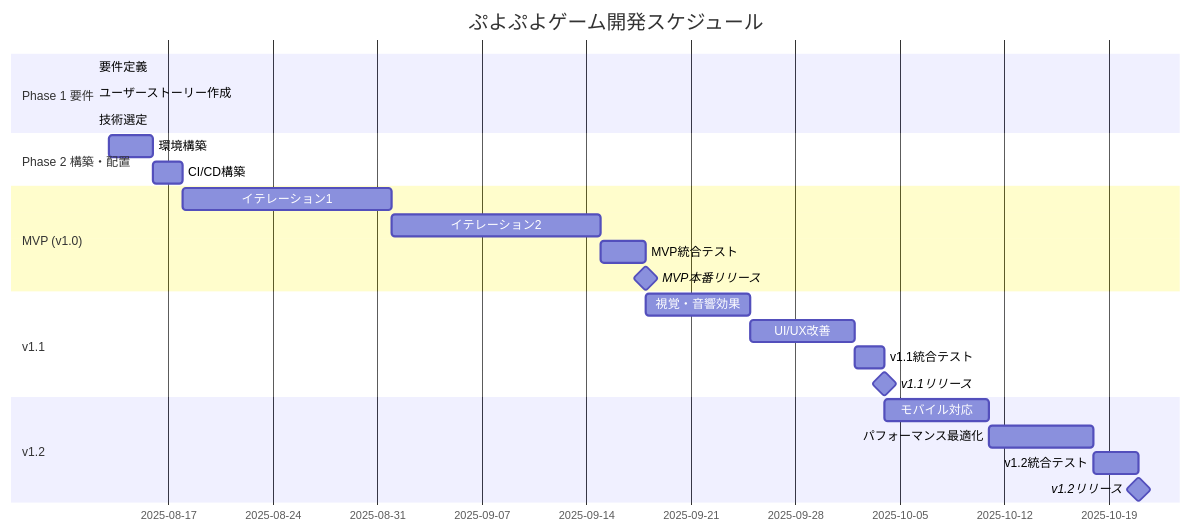
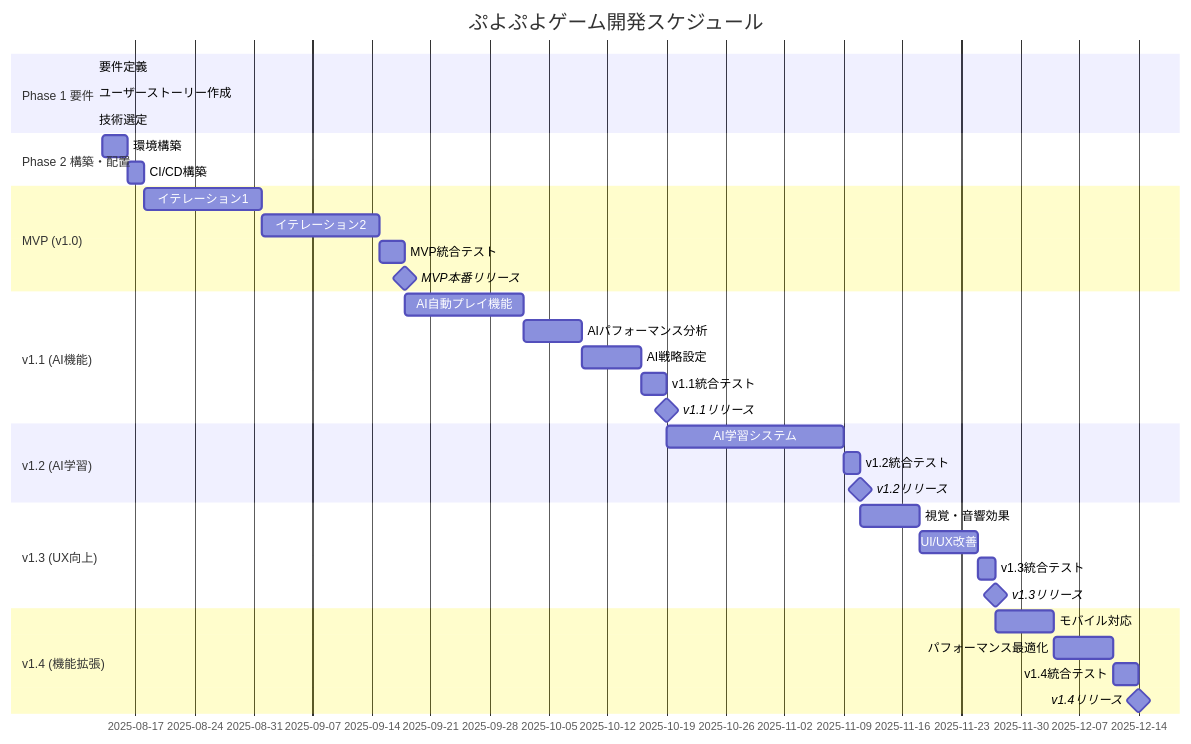
The second of 7 diagrams in docs/requirements/リリース計画.md (k2works/case-study-game-dev), drawn with Mermaid before and after one commit. The commit also changed other lines of this file and 8 other files, not shown here.

````diff
--- a/docs/requirements/リリース計画.md
+++ b/docs/requirements/リリース計画.md
@@ -131,31 +182,43 @@
 ```mermaid
 gantt
     title ぷよぷよゲーム開発スケジュール
     dateFormat  YYYY-MM-DD
     section Phase 1 要件
     要件定義           :done, req, 2025-08-12, 2025-08-12
     ユーザーストーリー作成 :done, us, 2025-08-12, 2025-08-12
     技術選定           :done, tech, 2025-08-12, 2025-08-12
     
     section Phase 2 構築・配置
     環境構築           :env, 2025-08-13, 3d
     CI/CD構築         :cicd, after env, 2d
     
     section MVP (v1.0)
     イテレーション1     :iter1, after cicd, 2w
     イテレーション2     :iter2, after iter1, 2w
     MVP統合テスト      :mvp-test, after iter2, 3d
     MVP本番リリース    :milestone, mvp-rel, after mvp-test, 0d
     
-    section v1.1
-    視覚・音響効果     :v11-1, after mvp-rel, 1w
-    UI/UX改善         :v11-2, after v11-1, 1w
-    v1.1統合テスト     :v11-test, after v11-2, 2d
+    section v1.1 (AI機能)
+    AI自動プレイ機能   :v11-1, after mvp-rel, 2w
+    AIパフォーマンス分析 :v11-2, after v11-1, 1w
+    AI戦略設定        :v11-3, after v11-2, 1w
+    v1.1統合テスト     :v11-test, after v11-3, 3d
     v1.1リリース      :milestone, v11-rel, after v11-test, 0d
     
-    section v1.2
-    モバイル対応       :v12-1, after v11-rel, 1w
-    パフォーマンス最適化 :v12-2, after v12-1, 1w
-    v1.2統合テスト     :v12-test, after v12-2, 3d
+    section v1.2 (AI学習)
+    AI学習システム     :v12-1, after v11-rel, 3w
+    v1.2統合テスト     :v12-test, after v12-1, 2d
     v1.2リリース      :milestone, v12-rel, after v12-test, 0d
+    
+    section v1.3 (UX向上)
+    視覚・音響効果     :v13-1, after v12-rel, 1w
+    UI/UX改善         :v13-2, after v13-1, 1w
+    v1.3統合テスト     :v13-test, after v13-2, 2d
+    v1.3リリース      :milestone, v13-rel, after v13-test, 0d
+    
+    section v1.4 (機能拡張)
+    モバイル対応       :v14-1, after v13-rel, 1w
+    パフォーマンス最適化 :v14-2, after v14-1, 1w
+    v1.4統合テスト     :v14-test, after v14-2, 3d
+    v1.4リリース      :milestone, v14-rel, after v14-test, 0d
 ```
````
